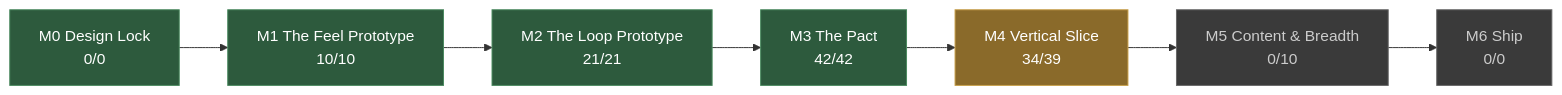
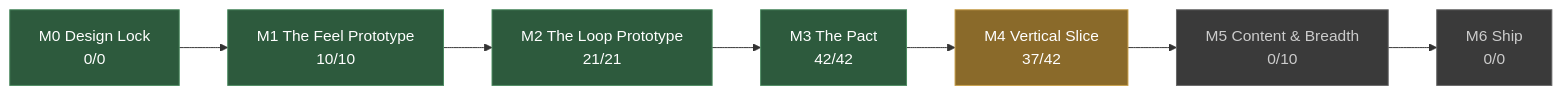
Before and after one commit to JoshuaGessner/she: the diagram in docs/STATUS.md, drawn with Mermaid. The commit also changed other lines of this file and 13 other files, not shown here.

````diff
--- a/docs/STATUS.md
+++ b/docs/STATUS.md
@@ -13,19 +13,19 @@
 ```mermaid
 flowchart LR
   M0["M0 Design Lock<br/>0/0"]:::passed
   M1["M1 The Feel Prototype<br/>10/10"]:::passed
   M0 --> M1
   M2["M2 The Loop Prototype<br/>21/21"]:::passed
   M1 --> M2
   M3["M3 The Pact<br/>42/42"]:::passed
   M2 --> M3
-  M4["M4 Vertical Slice<br/>34/39"]:::current
+  M4["M4 Vertical Slice<br/>37/42"]:::current
   M3 --> M4
   M5["M5 Content & Breadth<br/>0/10"]:::ahead
   M4 --> M5
   M6["M6 Ship<br/>0/0"]:::ahead
   M5 --> M6
   classDef passed fill:#2d5a3d,stroke:#4a8a5f,color:#fff
   classDef current fill:#8a6a2a,stroke:#c8a04a,color:#fff
   classDef ahead fill:#3a3a3a,stroke:#666,color:#ccc
 ```
````
